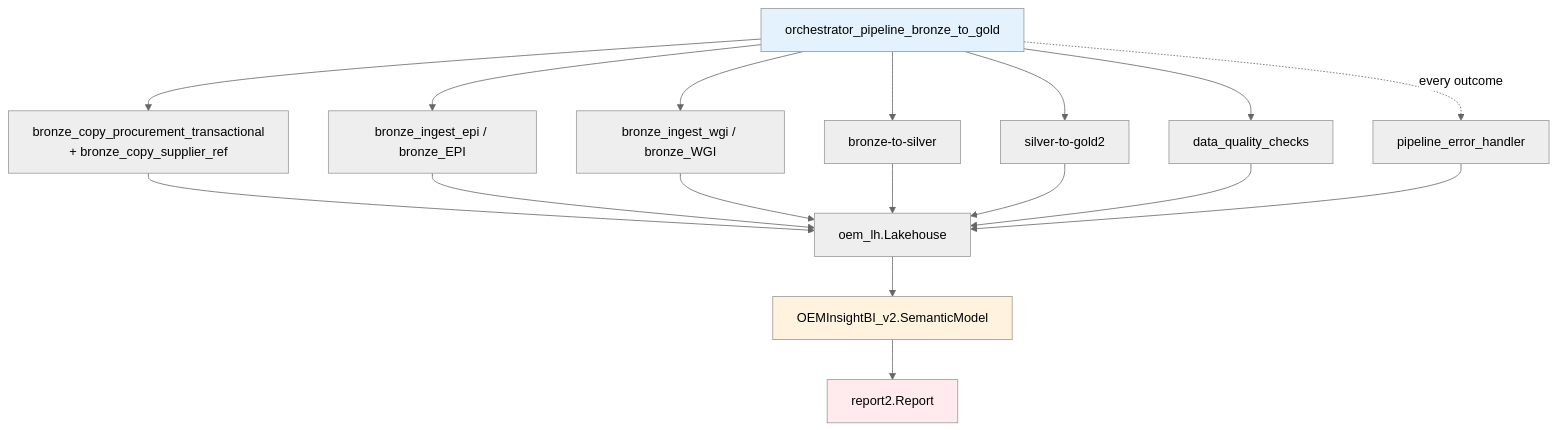
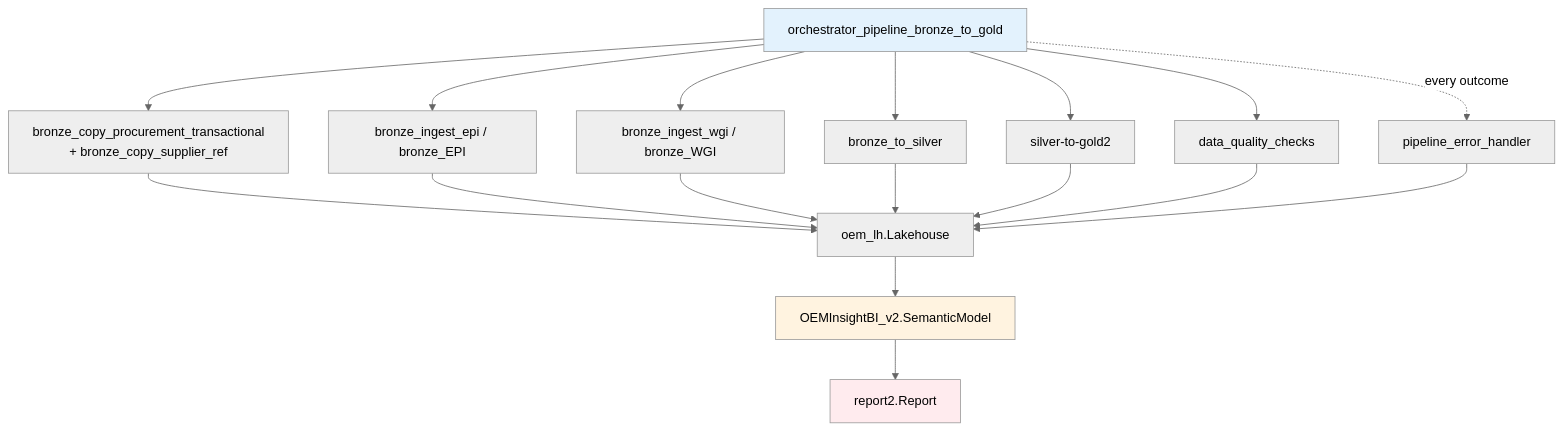
One commit to erikemilsson/OEMMatInsightBI changed the diagram in docs/architecture/fabric-artifacts-inventory.md. Above: the diagram before and after it, drawn with Mermaid (neutral theme). The commit also changed other lines of this file and 29 other files, not shown here.

First line of the commit message:
cleanup(phase-5): repo lockstep for notebook rename bronze-to-silver → bronze_to_silver

````diff
--- a/docs/architecture/fabric-artifacts-inventory.md
+++ b/docs/architecture/fabric-artifacts-inventory.md
@@ -62,34 +62,34 @@
 ```mermaid
 graph TD
     Pipeline[orchestrator_pipeline_bronze_to_gold]
 
     BC1[bronze_copy_procurement_transactional<br/>+ bronze_copy_supplier_ref]
     BE[bronze_ingest_epi / bronze_EPI]
     BW[bronze_ingest_wgi / bronze_WGI]
 
-    BS[bronze-to-silver]
+    BS[bronze_to_silver]
     SG[silver-to-gold2]
     DQ[data_quality_checks]
     EH[pipeline_error_handler]
 
     LH[oem_lh.Lakehouse]
     SM[OEMInsightBI_v2.SemanticModel]
     Report[report2.Report]
 
     Pipeline --> BC1 & BE & BW & BS & SG & DQ
     BC1 --> LH
     BE --> LH
     BW --> LH
     BS --> LH
     SG --> LH
     DQ --> LH
     Pipeline -.every outcome.-> EH
     EH --> LH
 
     LH --> SM
     SM --> Report
 
     style Pipeline fill:#e3f2fd
     style SM fill:#fff3e0
     style Report fill:#ffebee
 ```
````
